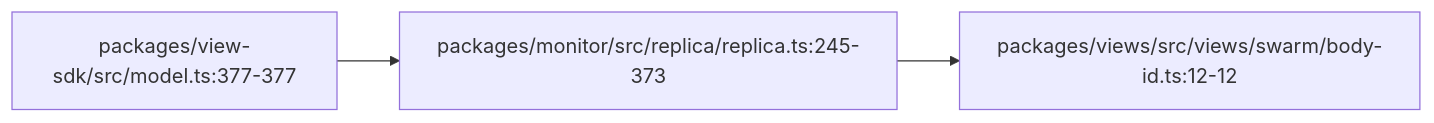
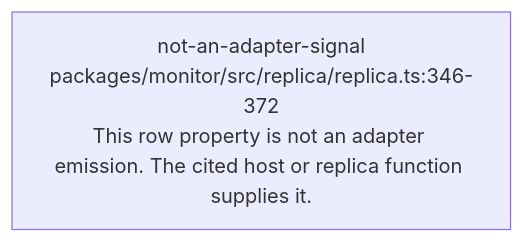
One commit to vibefield/puppeteer changed the diagram in audit/godview/evidence/copilot/visualId.mmd. Above: the diagram before and after it, drawn with Mermaid. The commit also changed 746 other files, not shown here.

First line of the commit message:
Apply adapter-specific UI reachability to first-half monitor traces.

```diff
--- a/audit/godview/evidence/copilot/visualId.mmd
+++ b/audit/godview/evidence/copilot/visualId.mmd
@@ -1,9 +1,5 @@
-%% graph_ref: path.window
-%% shared_map: 07e71c9bcb9532fc181e3f667f2d0ed2e7c9afaf
+%% field: field.visualId
+%% adapter: copilot
 %% forensic: source-read 748d015a7e393112e0a91dad80111fdf5abe6583; not a live sample
-flowchart LR
-  n0["packages/view-sdk/src/model.ts:377-377"]
-  n1["packages/monitor/src/replica/replica.ts:245-373"]
-  n0 --> n1
-  n2["packages/views/src/views/swarm/body-id.ts:12-12"]
-  n1 --> n2
+flowchart TD
+  n0["not-an-adapter-signal\npackages/monitor/src/replica/replica.ts:346-372\nThis row property is not an adapter emission. The cited host or replica function supplies it."]
```
